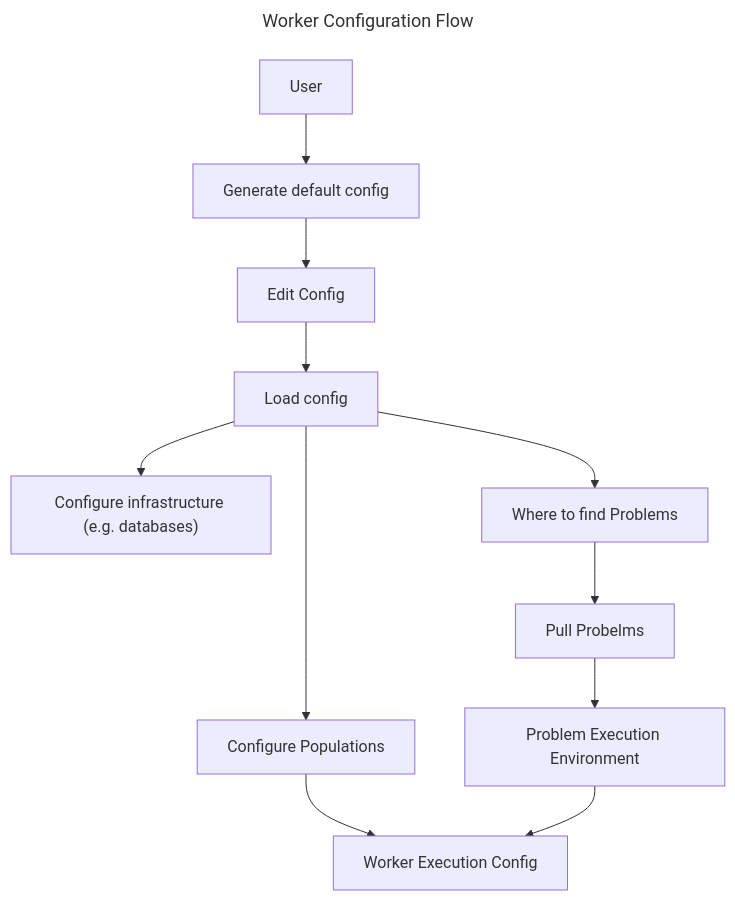
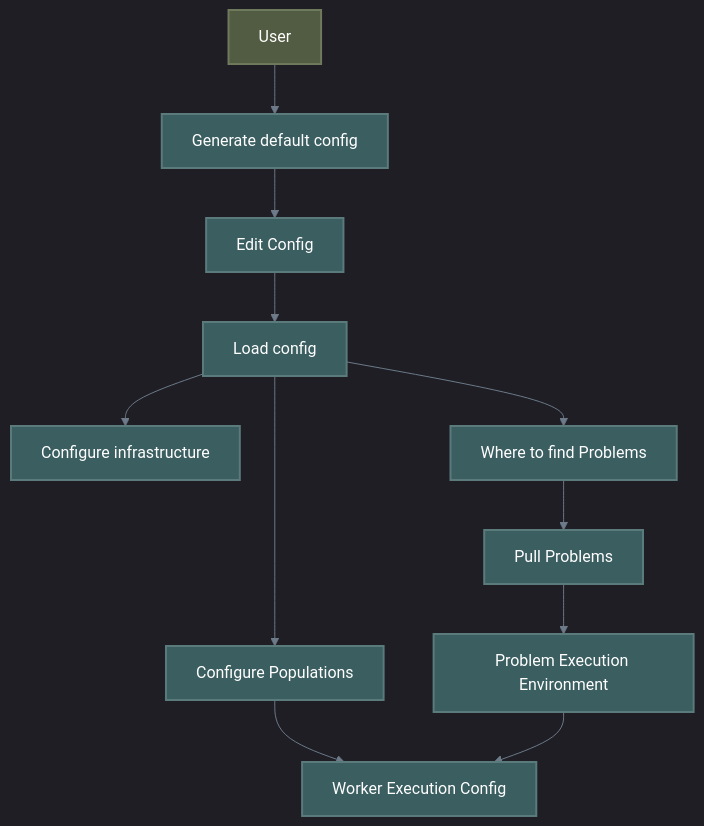
One commit to Shapedsundew9/erasmus-gp changed the fifth of 5 diagrams in docs/components/worker/workflow.md. Above: the diagram before and after it, drawn with Mermaid. The commit also changed other lines of this file and 21 other files, not shown here.

First line of the commit message:
Enhance Mermaid Diagrams and Color Consistency Across Documentation

````diff
--- a/docs/components/worker/workflow.md
+++ b/docs/components/worker/workflow.md
@@ -183,20 +188,19 @@
 ```mermaid
----
-title: Worker Configuration Flow
----
+%%{init: { 'theme': 'dark', 'themeVariables': { 'lineColor': '#6c7a89', 'textColor': '#edf2f4', 'mainBkg': '#2b2d42', 'primaryBorderColor': '#4a4e69' }}}%%
+flowchart TB
+    %% Base/Default (Dark Slate)
+    classDef default fill:#2b2d42,stroke:#4a4e69,stroke-width:2px,color:#edf2f4
+    classDef dataTeal fill:#3b5e60,stroke:#5b7a7c,stroke-width:2px,color:#ffffff
+    classDef dataOlive fill:#525c42,stroke:#6f7a5d,stroke-width:2px,color:#ffffff
 
-flowchart TB
-    U["User"] --> DC["Generate default config"]
-    DC --> EC["Edit Config"]
-    EC --> LC["Load config"]
-    LC --> IC["Configure infrastructure (e.g. databases)"]
-    LC --> PC["Configure Populations"]
-    LC --> FP["Where to find Problems"]
-    PC --> WEC["Worker Execution Config"]
-    FP --> PP["Pull Probelms"]
-    PP --> PEE["Problem Execution Environment"]
+    U["User"]:::dataOlive --> DC["Generate default config"]:::dataTeal
+    DC --> EC["Edit Config"]:::dataTeal
+    EC --> LC["Load config"]:::dataTeal
+    LC --> IC["Configure infrastructure"]:::dataTeal
+    LC --> PC["Configure Populations"]:::dataTeal
+    LC --> FP["Where to find Problems"]:::dataTeal
+    PC --> WEC["Worker Execution Config"]:::dataTeal
+    FP --> PP["Pull Problems"]:::dataTeal
+    PP --> PEE["Problem Execution Environment"]:::dataTeal
     PEE --> WEC
-    classDef lightgrey fill:#888888,stroke:#333,stroke-width:3px
-    classDef red fill:#FF0000,stroke:#333,stroke-width:1px
-    classDef blue fill:#0000FF,stroke:#333,stroke-width:1px
 ```
````
